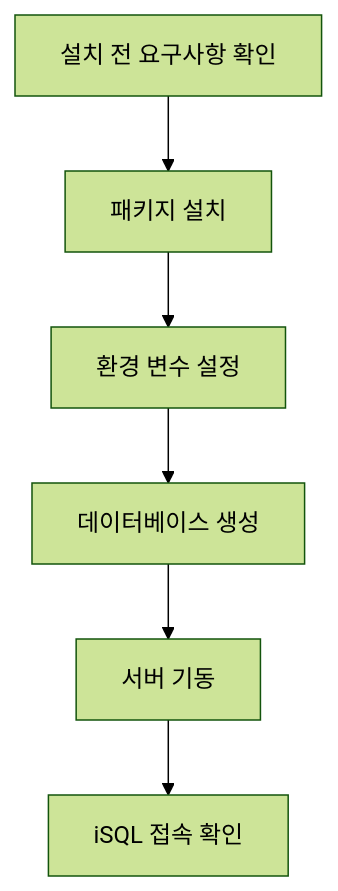
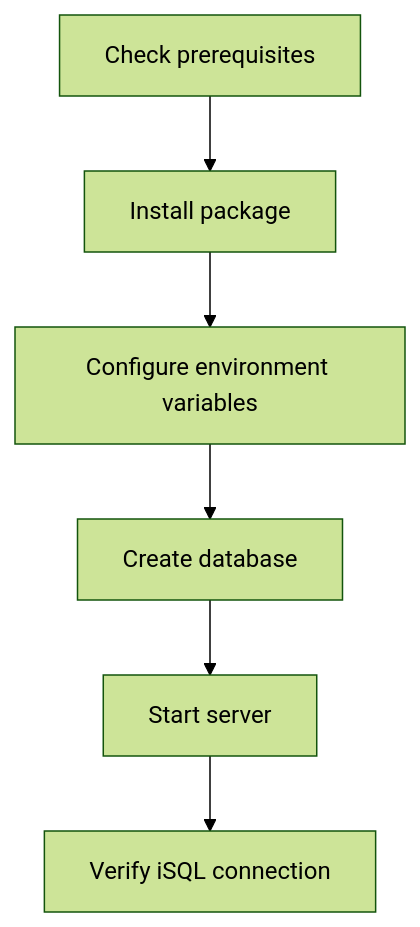
One commit to et16kr/AltibaseDocuments changed the diagram in GPTs/attachments/01_getting_started_installation.md. Above: the diagram before and after it, drawn with Mermaid (forest theme). The commit also changed other lines of this file and 20 other files, not shown here.

````diff
--- a/GPTs/attachments/01_getting_started_installation.md
+++ b/GPTs/attachments/01_getting_started_installation.md
@@ -29,8 +29,8 @@
 ```mermaid
 flowchart TD
-  A[설치 전 요구사항 확인] --> B[패키지 설치]
-  B --> C[환경 변수 설정]
-  C --> D[데이터베이스 생성]
-  D --> E[서버 기동]
-  E --> F[iSQL 접속 확인]
+  A[Check prerequisites] --> B[Install package]
+  B --> C[Configure environment variables]
+  C --> D[Create database]
+  D --> E[Start server]
+  E --> F[Verify iSQL connection]
 ```
````
